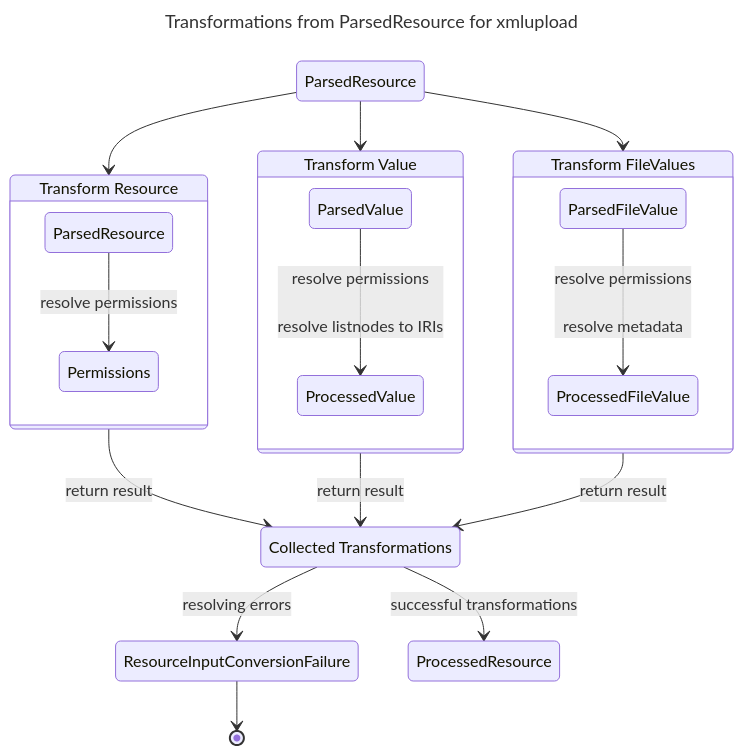
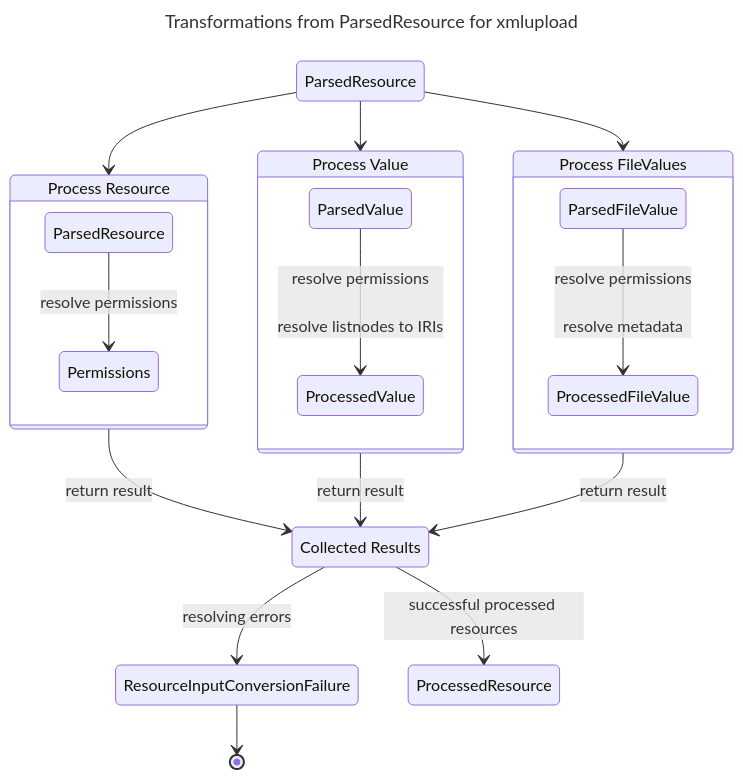
Before and after one commit to dasch-swiss/dsp-tools: the third of 3 diagrams in docs/developers/architecture.md, drawn with Mermaid. The commit also changed other lines of this file, not shown here.

````diff
--- a/docs/developers/architecture.md
+++ b/docs/developers/architecture.md
@@ -101,33 +101,33 @@
 ```mermaid
 ---
 title: Transformations from ParsedResource for xmlupload
 ---
 stateDiagram-v2
 
-state "Transform Resource" as transformres
-state "Transform Value" as transformationval
-state "Transform FileValues" as transformfile
+state "Process Resource" as processedres
+state "Process Value" as processedationval
+state "Process FileValues" as processedfile
 state "ParsedValue" as parsedval
 state "ParsedResource" as parsedres
 state "ProcessedValue" as valdes
-state "Collected Transformations" as coll
+state "Collected Results" as coll
 
-parsedres-->transformfile
-parsedres-->transformationval
-parsedres-->transformres
-state transformres {
+parsedres-->processedfile
+parsedres-->processedationval
+parsedres-->processedres
+state processedres {
     ParsedResource-->Permissions: resolve permissions
 }
-state transformationval {
+state processedationval {
     parsedval-->valdes: resolve permissions<br/><br/>resolve listnodes to IRIs
 }
-state transformfile {
+state processedfile {
     ParsedFileValue-->ProcessedFileValue: resolve permissions<br/><br/>resolve metadata
 }
-transformres-->coll: return result
-transformationval-->coll: return result
-transformfile-->coll: return result
+processedres-->coll: return result
+processedationval-->coll: return result
+processedfile-->coll: return result
 coll-->ResourceInputConversionFailure: resolving errors
 ResourceInputConversionFailure-->[*]
-coll-->ProcessedResource: successful transformations
+coll-->ProcessedResource: successful processed resources
 ```
````
